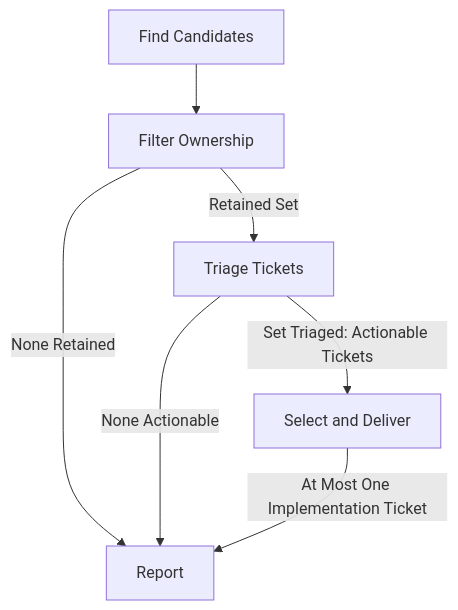
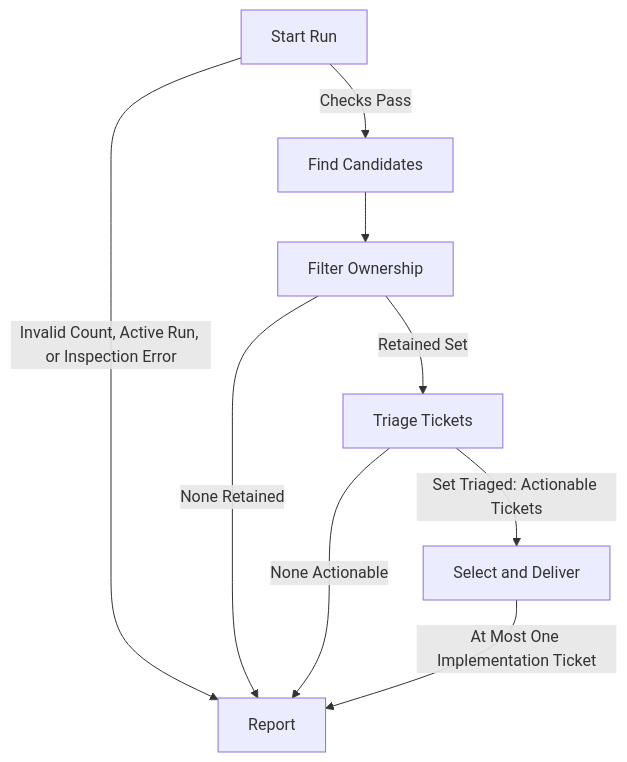
The diagram in .codex/skills/linear-ticket/SKILL.md (schmingle/config), drawn with Mermaid before and after one commit. The commit also changed other lines of this file, not shown here.

````diff
--- a/.codex/skills/linear-ticket/SKILL.md
+++ b/.codex/skills/linear-ticket/SKILL.md
@@ -25,9 +25,11 @@
 ```mermaid
 flowchart TD
-    Find[Find Candidates] --> Filter[Filter Ownership]
+    Start[Start Run] -->|Checks Pass| Find[Find Candidates]
+    Start -->|Invalid Count, Active Run, or Inspection Error| Report[Report]
+    Find --> Filter[Filter Ownership]
     Filter -->|Retained Set| Triage[Triage Tickets]
-    Filter -->|None Retained| Report[Report]
+    Filter -->|None Retained| Report
     Triage -->|Set Triaged: Actionable Tickets| Deliver[Select and Deliver]
     Triage -->|None Actionable| Report
     Deliver -->|At Most One Implementation Ticket| Report
 ```
````
